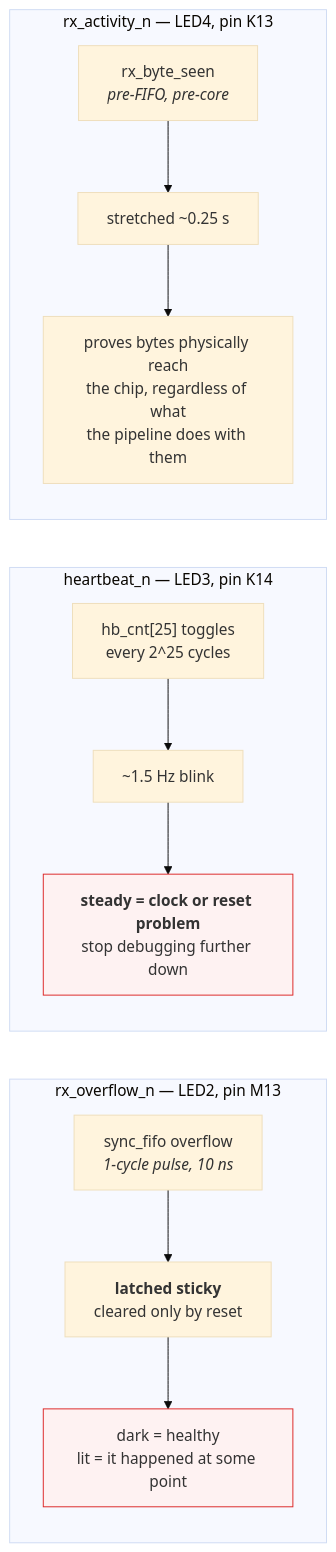
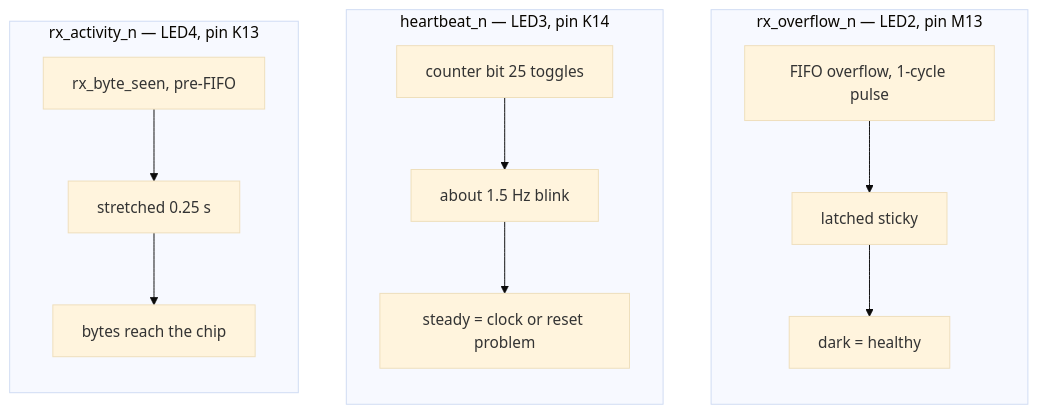
Before and after one commit to Rushmello369/fpga-feed-handler: the fourth of 6 diagrams in docs/diagrams/io_uart.md, drawn with Mermaid (base theme). The commit also changed other lines of this file and 12 other files, not shown here.

Commit message:
add diagrams for system and module architectures

````diff
--- a/docs/diagrams/io_uart.md
+++ b/docs/diagrams/io_uart.md
@@ -90,29 +67,15 @@
 ```mermaid
-flowchart LR
+flowchart TD
     subgraph L1["rx_overflow_n — LED2, pin M13"]
         direction TB
-        O1["sync_fifo overflow<br/><i>1-cycle pulse, 10 ns</i>"]
-        O2["<b>latched sticky</b><br/>cleared only by reset"]
-        O3["dark = healthy<br/>lit = it happened at some point"]
-        O1 --> O2 --> O3
+        O1[FIFO overflow, 1-cycle pulse] --> O2[latched sticky] --> O3[dark = healthy]
     end
-
     subgraph L2["heartbeat_n — LED3, pin K14"]
         direction TB
-        H1["hb_cnt[25] toggles<br/>every 2^25 cycles"]
-        H2["~1.5 Hz blink"]
-        H3["<b>steady = clock or reset problem</b><br/>stop debugging further down"]
-        H1 --> H2 --> H3
+        H1[counter bit 25 toggles] --> H2[about 1.5 Hz blink] --> H3[steady = clock or reset problem]
     end
-
     subgraph L3["rx_activity_n — LED4, pin K13"]
         direction TB
-        A1["rx_byte_seen<br/><i>pre-FIFO, pre-core</i>"]
-        A2["stretched ~0.25 s"]
-        A3["proves bytes physically reach<br/>the chip, regardless of what<br/>the pipeline does with them"]
-        A1 --> A2 --> A3
+        A1[rx_byte_seen, pre-FIFO] --> A2[stretched 0.25 s] --> A3[bytes reach the chip]
     end
-
-    classDef warn fill:#fef2f2,stroke:#dc2626
-    class O3,H3 warn
 ```
````
